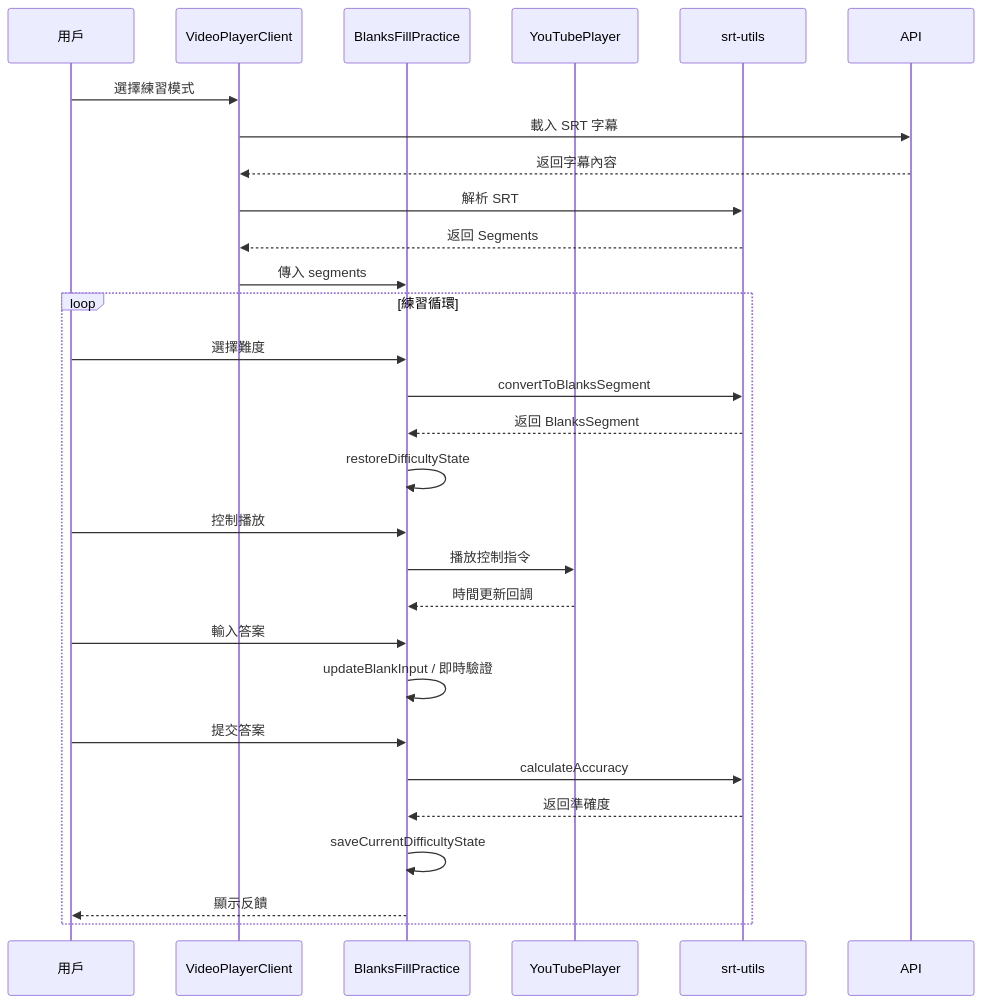
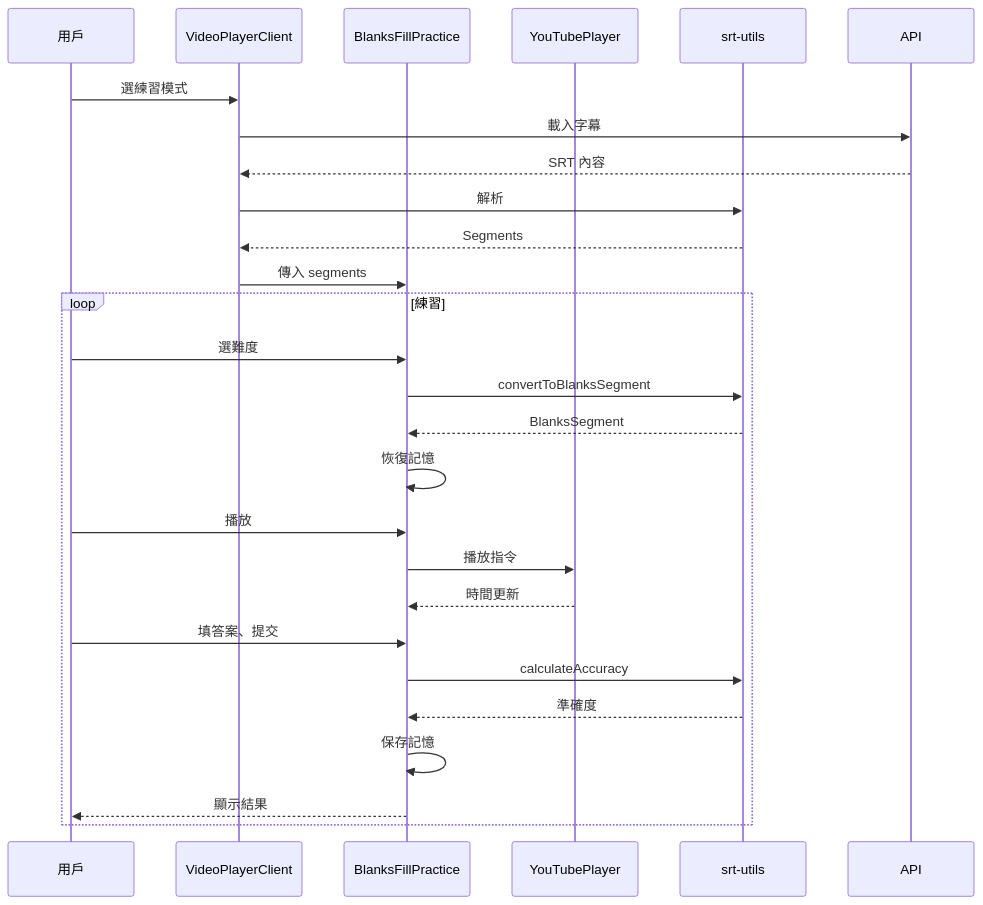
One commit to crazycjh/language-learning-transcribe changed the second of 7 diagrams in docs/DICTATION_SYSTEM_ARCHITECTURE.md. Above: the diagram before and after it, drawn with Mermaid. The commit also changed other lines of this file and 7 other files, not shown here.

````diff
--- a/docs/DICTATION_SYSTEM_ARCHITECTURE.md
+++ b/docs/DICTATION_SYSTEM_ARCHITECTURE.md
@@ -101,36 +39,33 @@
 ```mermaid
 sequenceDiagram
     participant User as 用戶
     participant VPC as VideoPlayerClient
     participant BFP as BlanksFillPractice
     participant YTP as YouTubePlayer
     participant SU as srt-utils
     participant API as API
 
-    User->>VPC: 選擇練習模式
-    VPC->>API: 載入 SRT 字幕
-    API-->>VPC: 返回字幕內容
-    VPC->>SU: 解析 SRT
-    SU-->>VPC: 返回 Segments
+    User->>VPC: 選練習模式
+    VPC->>API: 載入字幕
+    API-->>VPC: SRT 內容
+    VPC->>SU: 解析
+    SU-->>VPC: Segments
     VPC->>BFP: 傳入 segments
     
-    loop 練習循環
-        User->>BFP: 選擇難度
+    loop 練習
+        User->>BFP: 選難度
         BFP->>SU: convertToBlanksSegment
-        SU-->>BFP: 返回 BlanksSegment
-        BFP->>BFP: restoreDifficultyState
+        SU-->>BFP: BlanksSegment
+        BFP->>BFP: 恢復記憶
         
-        User->>BFP: 控制播放
-        BFP->>YTP: 播放控制指令
-        YTP-->>BFP: 時間更新回調
+        User->>BFP: 播放
+        BFP->>YTP: 播放指令
+        YTP-->>BFP: 時間更新
         
-        User->>BFP: 輸入答案
-        BFP->>BFP: updateBlankInput / 即時驗證
-        
-        User->>BFP: 提交答案
+        User->>BFP: 填答案、提交
         BFP->>SU: calculateAccuracy
-        SU-->>BFP: 返回準確度
-        BFP->>BFP: saveCurrentDifficultyState
-        BFP-->>User: 顯示反饋
+        SU-->>BFP: 準確度
+        BFP->>BFP: 保存記憶
+        BFP-->>User: 顯示結果
     end
 ```
````
